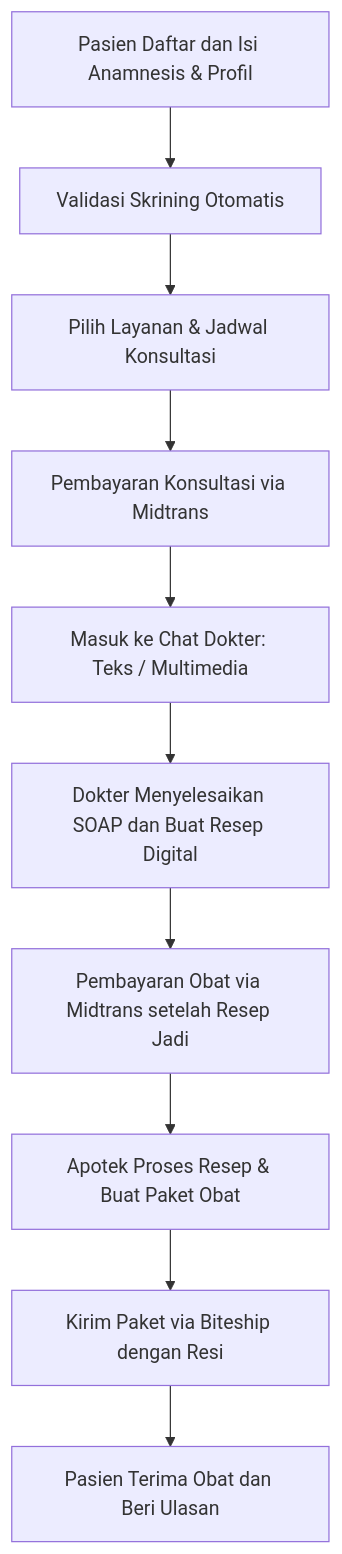
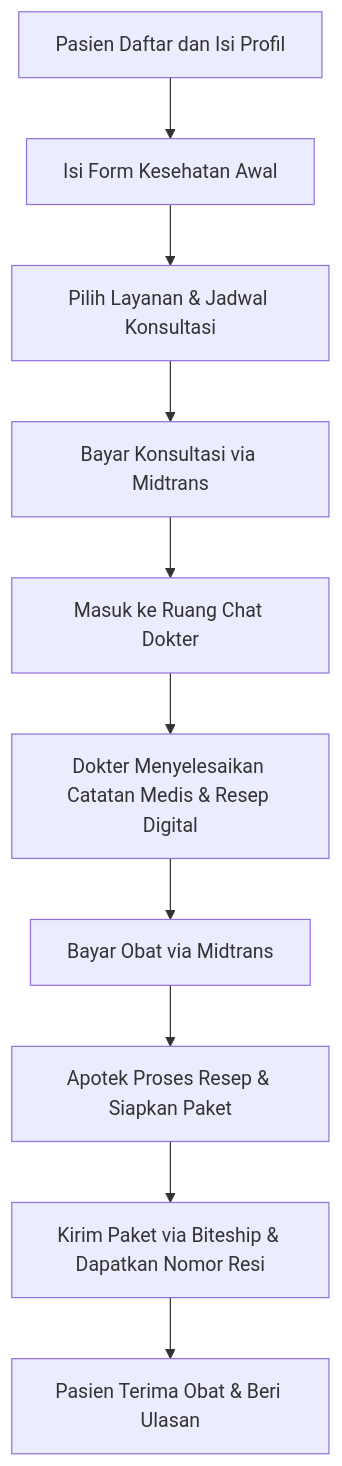
Before and after one commit to FathurRozzaq/perancangan-sistem-toko-online-obat: the diagram in prd-website-toko-obat-online/07-model-telemedicine.md, drawn with Mermaid. The commit also changed other lines of this file and 1 other file, not shown here.

Commit message:
Revise telemedicine model documentation: enhance clarity on patient registration, service catalog, and payment processes; update descriptions for Midtrans and Biteship integration.

````diff
--- a/prd-website-toko-obat-online/07-model-telemedicine.md
+++ b/prd-website-toko-obat-online/07-model-telemedicine.md
@@ -45,12 +46,12 @@
 ```mermaid
 flowchart TD
-A[Pasien Daftar dan Isi Anamnesis & Profil] --> B[Validasi Skrining Otomatis]
+A[Pasien Daftar dan Isi Profil] --> B[Isi Form Kesehatan Awal]
 B --> C[Pilih Layanan & Jadwal Konsultasi]
-C --> D[Pembayaran Konsultasi via Midtrans]
-D --> E[Masuk ke Chat Dokter: Teks / Multimedia]
-E --> F[Dokter Menyelesaikan SOAP dan Buat Resep Digital]
-F --> G[Pembayaran Obat via Midtrans setelah Resep Jadi]
-G --> H[Apotek Proses Resep & Buat Paket Obat]
-H --> I[Kirim Paket via Biteship dengan Resi]
-I --> J[Pasien Terima Obat dan Beri Ulasan]
+C --> D[Bayar Konsultasi via Midtrans]
+D --> E[Masuk ke Ruang Chat Dokter]
+E --> F[Dokter Menyelesaikan Catatan Medis & Resep Digital]
+F --> G[Bayar Obat via Midtrans]
+G --> H[Apotek Proses Resep & Siapkan Paket]
+H --> I[Kirim Paket via Biteship & Dapatkan Nomor Resi]
+I --> J[Pasien Terima Obat & Beri Ulasan]
 ```
````
